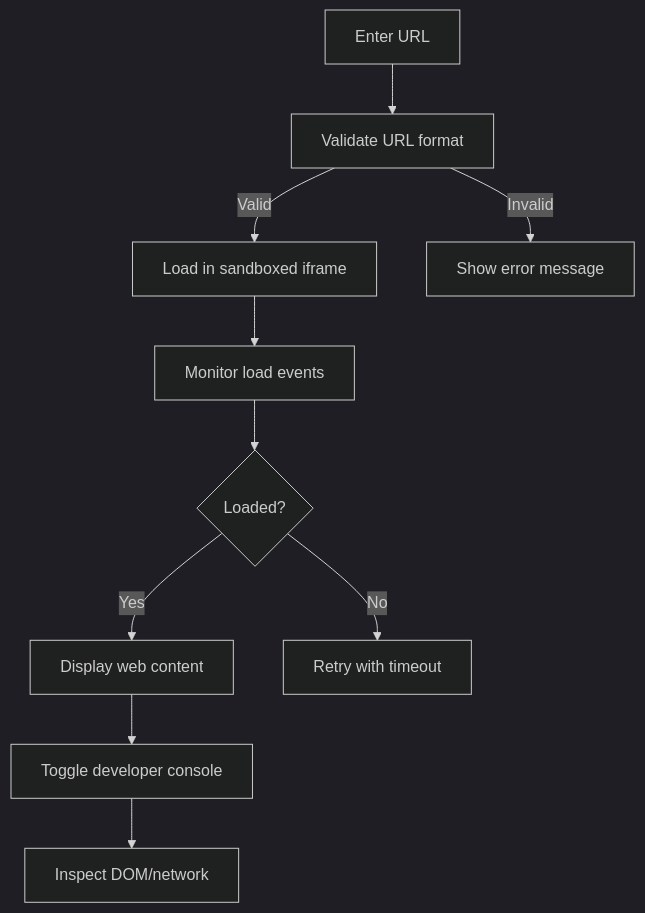
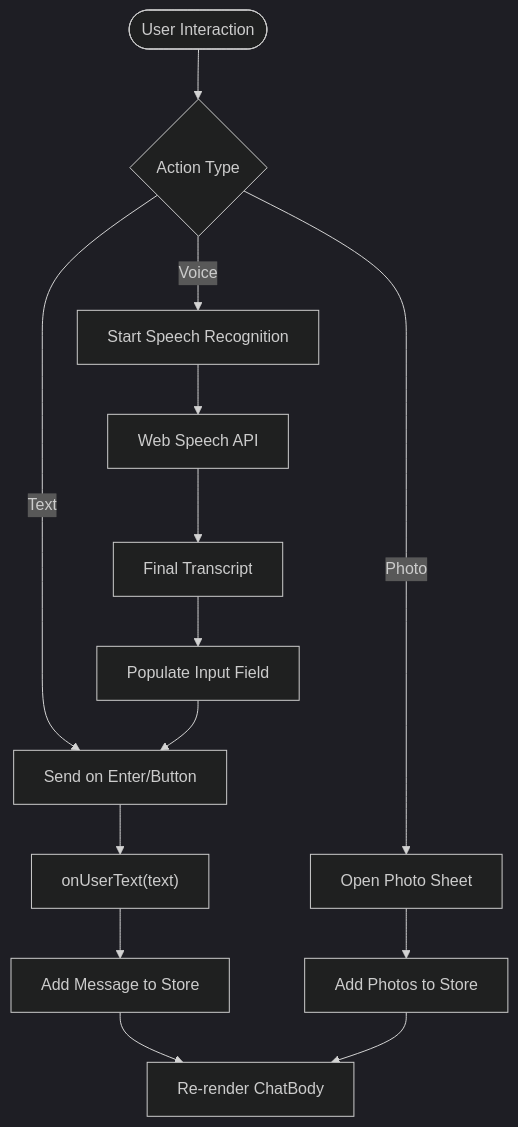
One commit to MudassarAbrar/FreshRoute-Ai changed the fourth of 4 diagrams in .qoder/repowiki/en/content/AI Integration/AI Elements Interface.md. Above: the diagram before and after it, drawn with Mermaid (dark theme). The commit also changed other lines of this file and 10 other files, not shown here.

````diff
--- a/.qoder/repowiki/en/content/AI Integration/AI Elements Interface.md
+++ b/.qoder/repowiki/en/content/AI Integration/AI Elements Interface.md
@@ -386,12 +184,16 @@
 ```mermaid
 flowchart TD
-URL["Enter URL"] --> Validate["Validate URL format"]
-Validate --> |Valid| Load["Load in sandboxed iframe"]
-Validate --> |Invalid| Error["Show error message"]
-Load --> Monitor["Monitor load events"]
-Monitor --> Ready{"Loaded?"}
-Ready --> |Yes| Display["Display web content"]
-Ready --> |No| Retry["Retry with timeout"]
-Display --> Console["Toggle developer console"]
-Console --> Inspect["Inspect DOM/network"]
+Start(["User Interaction"]) --> Action{"Action Type"}
+Action --> |Text| Send["Send on Enter/Button"]
+Action --> |Voice| StartRecording["Start Speech Recognition"]
+Action --> |Photo| OpenSheet["Open Photo Sheet"]
+Send --> OnUserText["onUserText(text)"]
+StartRecording --> Recognition["Web Speech API"]
+Recognition --> FinalTranscript["Final Transcript"]
+FinalTranscript --> PopulateInput["Populate Input Field"]
+PopulateInput --> Send
+OnUserText --> AddMessage["Add Message to Store"]
+OpenSheet --> AddPhotos["Add Photos to Store"]
+AddMessage --> Render["Re-render ChatBody"]
+AddPhotos --> Render
 ```
````
